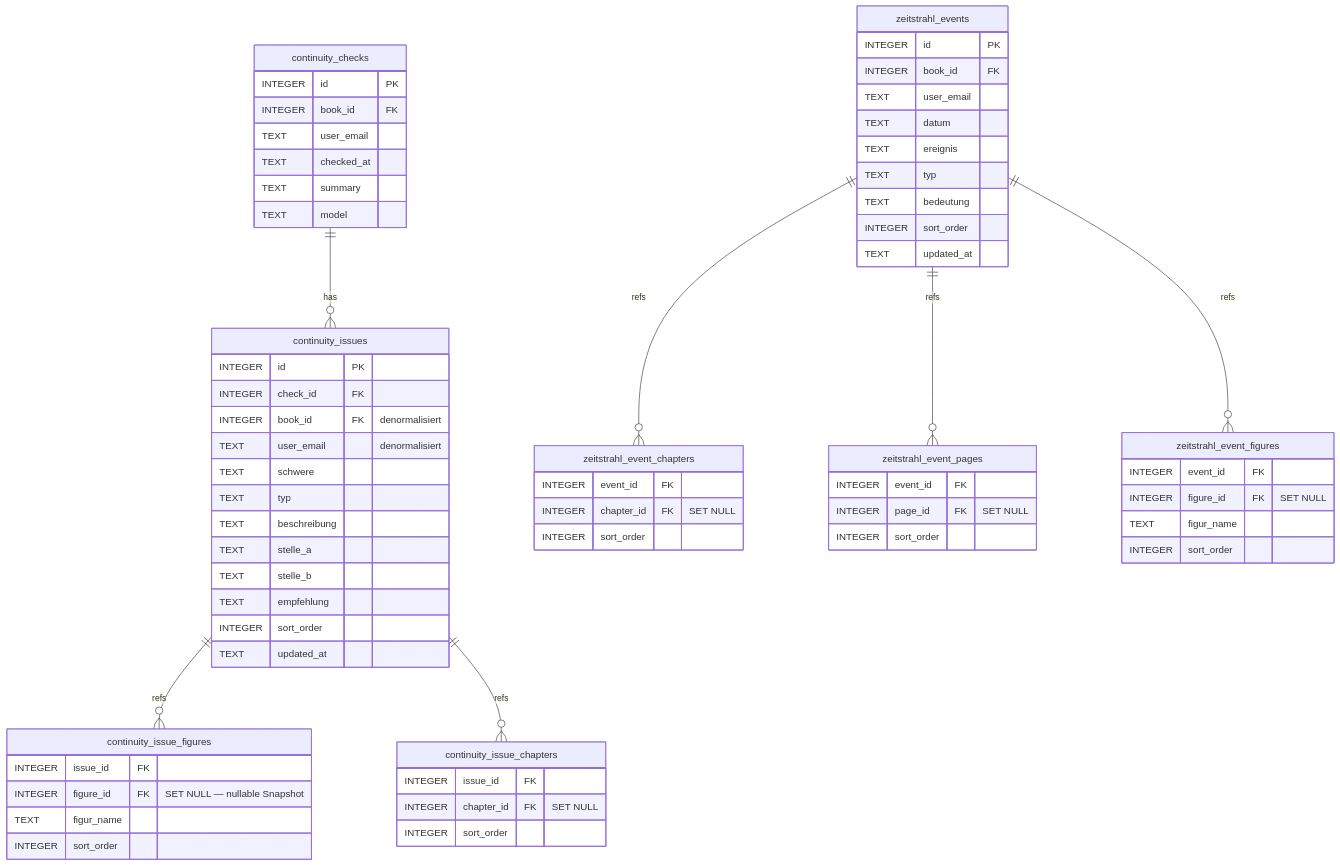
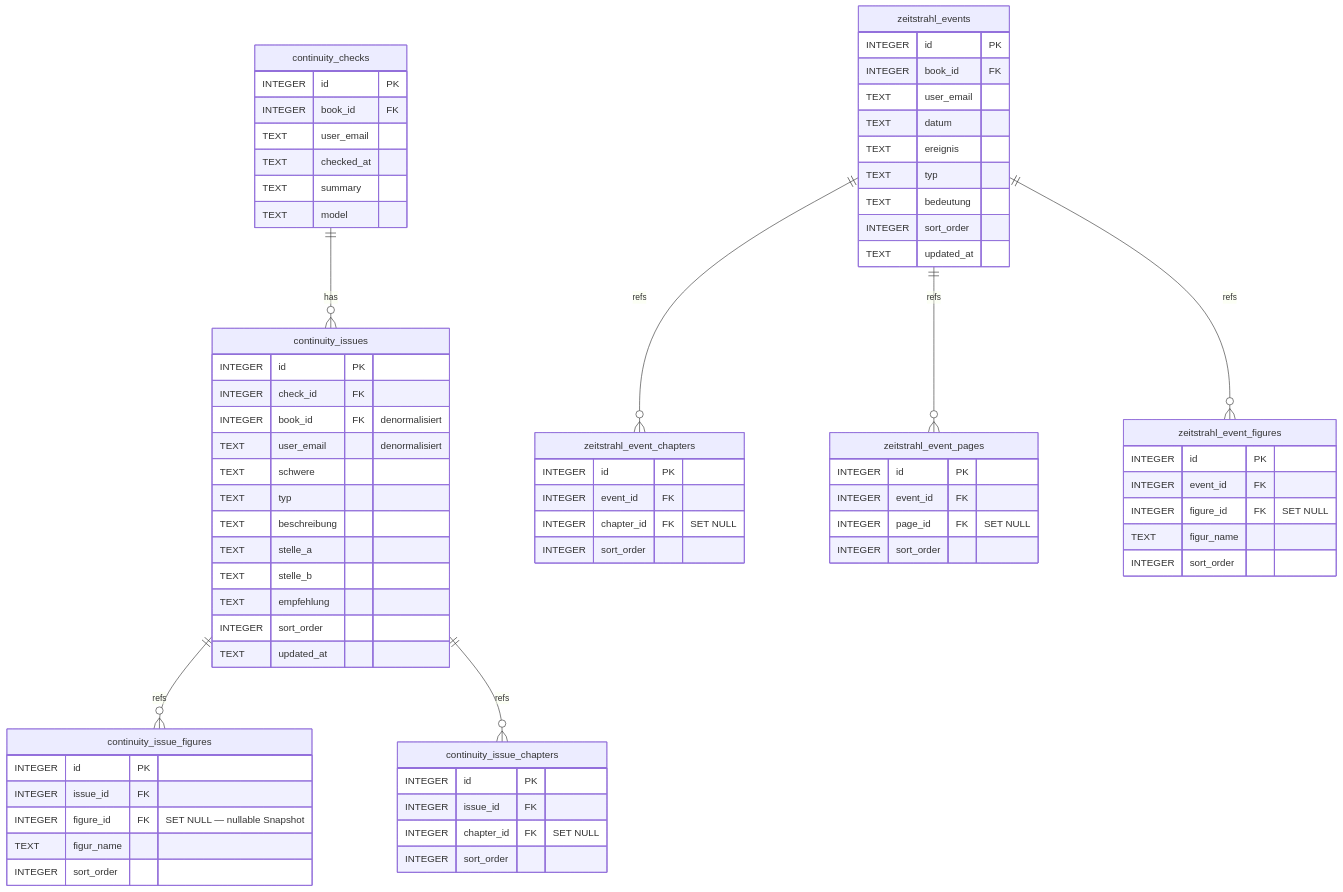
Before and after one commit to bedeberger/schreibwerkstatt: the fifth of 6 diagrams in docs/erd.md, drawn with Mermaid. The commit also changed other lines of this file and 2 other files, not shown here.

First line of the commit message:
schema-verbesserungen migrations 91-96

````diff
--- a/docs/erd.md
+++ b/docs/erd.md
@@ -349,71 +351,76 @@
 ```mermaid
 erDiagram
   continuity_checks {
     INTEGER id         PK
     INTEGER book_id    FK
     TEXT    user_email
     TEXT    checked_at
     TEXT    summary
     TEXT    model
   }
   continuity_issues {
     INTEGER id           PK
     INTEGER check_id     FK
     INTEGER book_id      FK "denormalisiert"
     TEXT    user_email   "denormalisiert"
     TEXT    schwere
     TEXT    typ
     TEXT    beschreibung
     TEXT    stelle_a
     TEXT    stelle_b
     TEXT    empfehlung
     INTEGER sort_order
     TEXT    updated_at
   }
   continuity_issue_figures {
+    INTEGER id         PK
     INTEGER issue_id   FK
     INTEGER figure_id  FK "SET NULL — nullable Snapshot"
     TEXT    figur_name
     INTEGER sort_order
   }
   continuity_issue_chapters {
+    INTEGER id         PK
     INTEGER issue_id   FK
     INTEGER chapter_id FK "SET NULL"
     INTEGER sort_order
   }
 
   zeitstrahl_events {
     INTEGER id         PK
     INTEGER book_id    FK
     TEXT    user_email
     TEXT    datum
     TEXT    ereignis
     TEXT    typ
     TEXT    bedeutung
     INTEGER sort_order
     TEXT    updated_at
   }
   zeitstrahl_event_chapters {
+    INTEGER id         PK
     INTEGER event_id   FK
     INTEGER chapter_id FK "SET NULL"
     INTEGER sort_order
   }
   zeitstrahl_event_pages {
+    INTEGER id       PK
     INTEGER event_id FK
     INTEGER page_id  FK "SET NULL"
     INTEGER sort_order
   }
   zeitstrahl_event_figures {
+    INTEGER id         PK
     INTEGER event_id   FK
     INTEGER figure_id  FK "SET NULL"
     TEXT    figur_name
     INTEGER sort_order
   }
 
   continuity_checks ||--o{ continuity_issues          : has
   continuity_issues ||--o{ continuity_issue_figures   : refs
   continuity_issues ||--o{ continuity_issue_chapters  : refs
   zeitstrahl_events ||--o{ zeitstrahl_event_chapters  : refs
   zeitstrahl_events ||--o{ zeitstrahl_event_pages     : refs
   zeitstrahl_events ||--o{ zeitstrahl_event_figures   : refs
 ```
````
